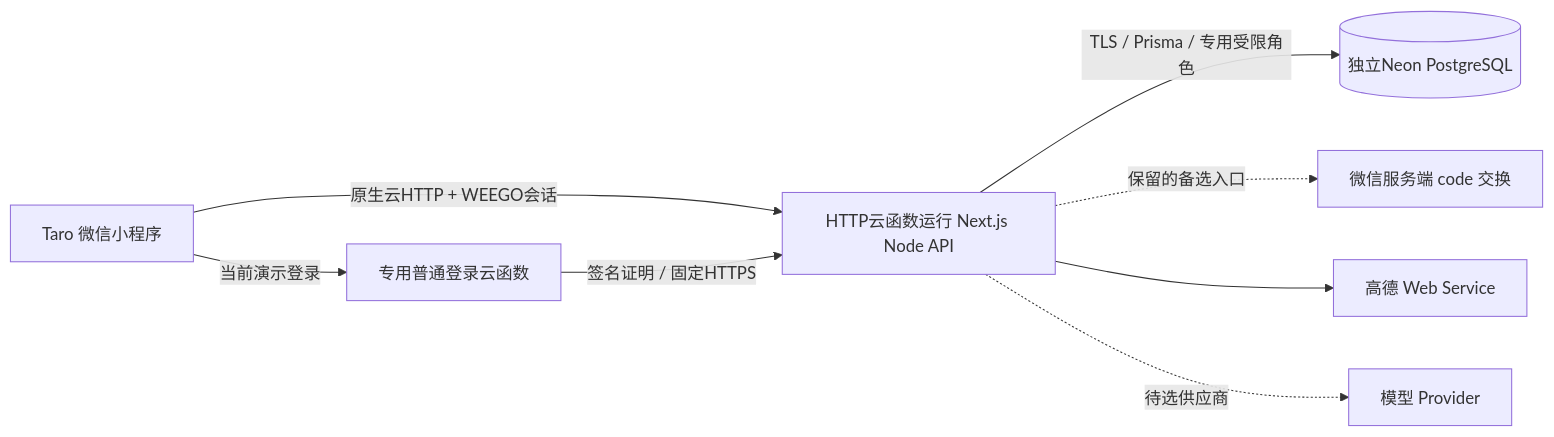
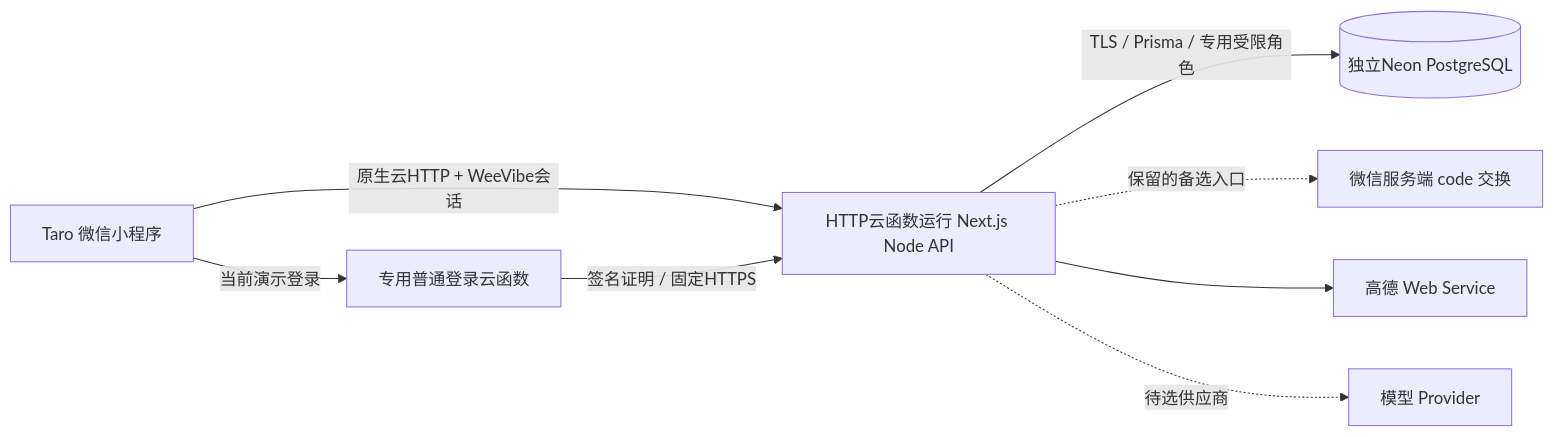
The diagram in docs/team/architecture.md (xuannian-123/WeeVibe), drawn with Mermaid before and after one commit. The commit also changed other lines of this file and 28 other files, not shown here.

````diff
--- a/docs/team/architecture.md
+++ b/docs/team/architecture.md
@@ -5,10 +5,10 @@
 ```mermaid
 flowchart LR
-  M[Taro 微信小程序] -->|原生云HTTP + WEEGO会话| A[HTTP云函数运行 Next.js Node API]
+  M[Taro 微信小程序] -->|原生云HTTP + WeeVibe会话| A[HTTP云函数运行 Next.js Node API]
   A -->|TLS / Prisma / 专用受限角色| P[(独立Neon PostgreSQL)]
   A -.保留的备选入口.-> W[微信服务端 code 交换]
   M -->|当前演示登录| C[专用普通登录云函数]
   C -->|签名证明 / 固定HTTPS| A
   A --> G[高德 Web Service]
   A -.待选供应商.-> L[模型 Provider]
 ```
````
